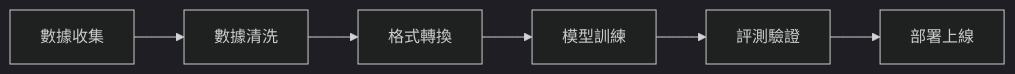
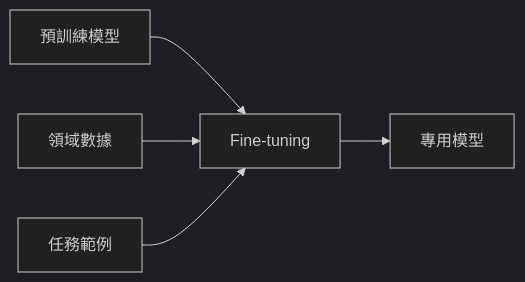
Before and after one commit to CaoCharles/llm-evaluation-notes: the first of 2 diagrams in docs/collaboration/optimization/fine-tuning.md, drawn with Mermaid (dark theme). The commit also changed other lines of this file and 5 other files, not shown here.

````diff
--- a/docs/collaboration/optimization/fine-tuning.md
+++ b/docs/collaboration/optimization/fine-tuning.md
@@ -41,8 +13,8 @@
 ```mermaid
 graph LR
-    A["數據收集"] --> B["數據清洗"]
-    B --> C["格式轉換"]
-    C --> D["模型訓練"]
-    D --> E["評測驗證"]
-    E --> F["部署上線"]
+    A["預訓練模型"] --> B["Fine-tuning"]
+    B --> C["專用模型"]
+    
+    D["領域數據"] --> B
+    E["任務範例"] --> B
 ```
````
